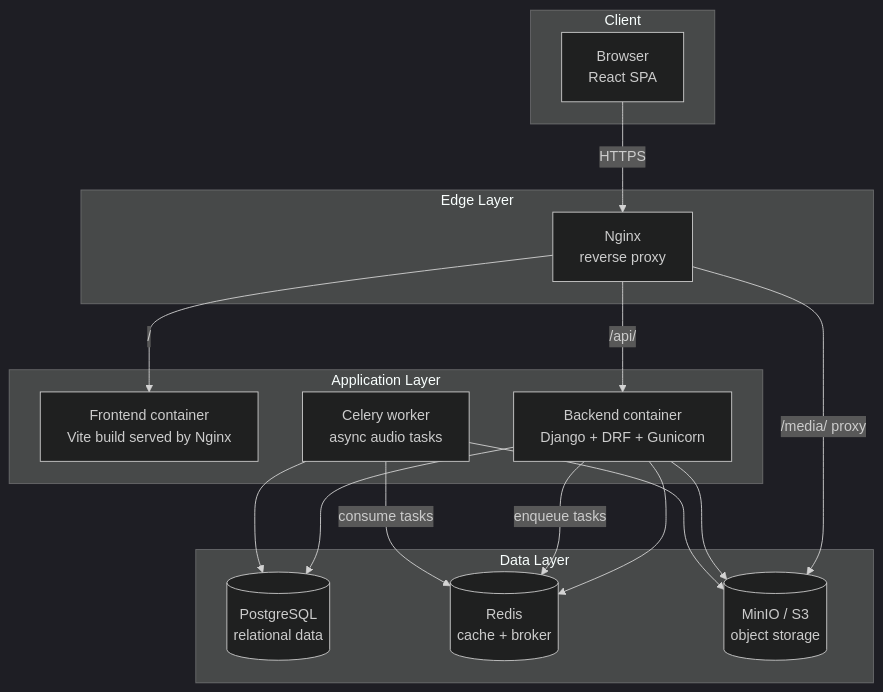
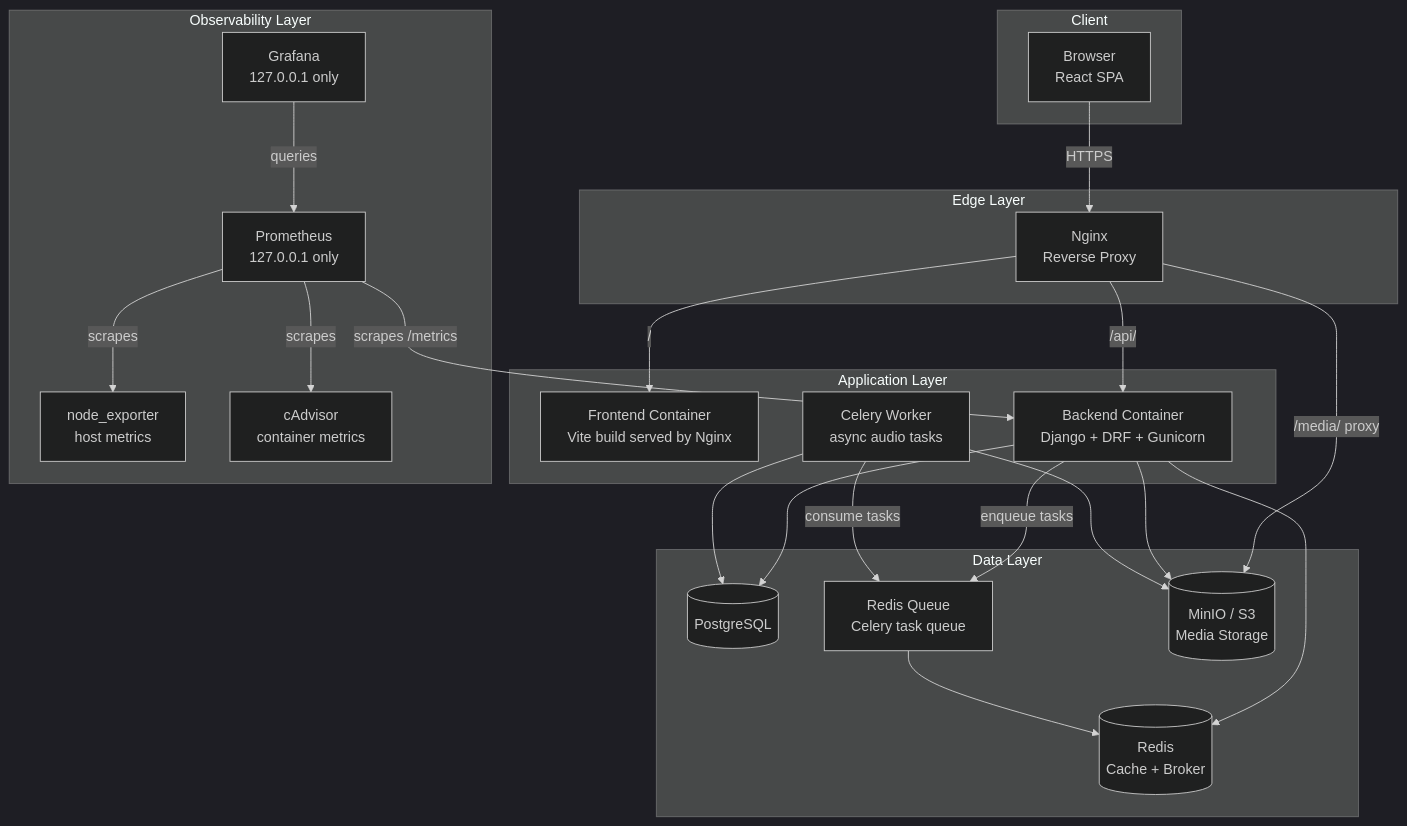
The first of 9 diagrams in docs/ARCHITECTURE.md (Rasoulsa/music-stream-app), drawn with Mermaid (dark theme) before and after one commit. The commit also changed other lines of this file and 28 other files, not shown here.

````diff
--- a/docs/ARCHITECTURE.md
+++ b/docs/ARCHITECTURE.md
@@ -18,36 +18,50 @@
 ```mermaid
 graph TB
     subgraph client["Client"]
         Browser["Browser<br/>React SPA"]
     end
 
     subgraph edge["Edge Layer"]
-        Nginx["Nginx<br/>reverse proxy"]
+        Nginx["Nginx<br/>Reverse Proxy"]
     end
 
     subgraph app["Application Layer"]
-        Frontend["Frontend container<br/>Vite build served by Nginx"]
-        Backend["Backend container<br/>Django + DRF + Gunicorn"]
-        Celery["Celery worker<br/>async audio tasks"]
+        Frontend["Frontend Container<br/>Vite build served by Nginx"]
+        Backend["Backend Container<br/>Django + DRF + Gunicorn"]
+        Celery["Celery Worker<br/>async audio tasks"]
     end
 
     subgraph data["Data Layer"]
-        Postgres[("PostgreSQL<br/>relational data")]
-        Redis[("Redis<br/>cache + broker")]
-        MinIO[("MinIO / S3<br/>object storage")]
+        Postgres[("PostgreSQL")]
+        Redis[("Redis<br/>Cache + Broker")]
+        RedisQueue["Redis Queue<br/>Celery task queue"]
+        MinIO[("MinIO / S3<br/>Media Storage")]
+    end
+
+    subgraph observability["Observability Layer"]
+        Prometheus["Prometheus<br/>127.0.0.1 only"]
+        NodeExporter["node_exporter<br/>host metrics"]
+        CAdvisor["cAdvisor<br/>container metrics"]
+        Grafana["Grafana<br/>127.0.0.1 only"]
     end
 
     Browser -->|HTTPS| Nginx
     Nginx -->|/| Frontend
     Nginx -->|/api/| Backend
     Nginx -->|/media/ proxy| MinIO
 
     Backend --> Postgres
     Backend --> Redis
     Backend --> MinIO
-    Backend -->|enqueue tasks| Redis
+    Backend -->|enqueue tasks| RedisQueue
 
-    Celery -->|consume tasks| Redis
+    RedisQueue --> Redis
+    Celery -->|consume tasks| RedisQueue
     Celery --> Postgres
     Celery --> MinIO
+
+    Prometheus -->|scrapes /metrics| Backend
+    Prometheus -->|scrapes| NodeExporter
+    Prometheus -->|scrapes| CAdvisor
+    Grafana -->|queries| Prometheus
 ```
````
